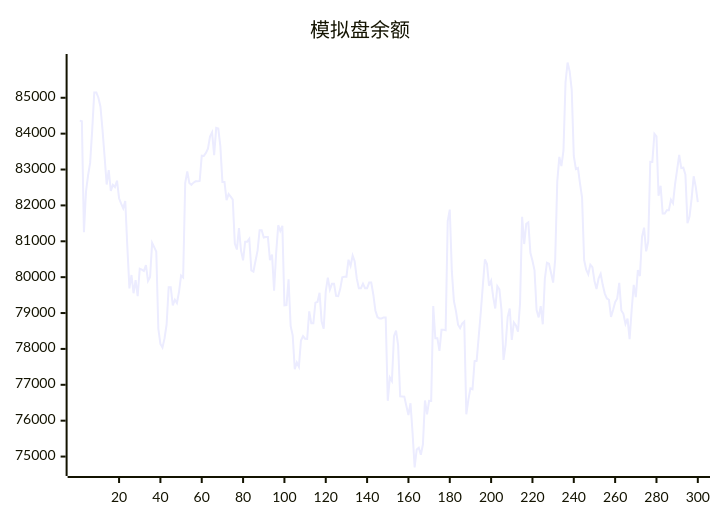
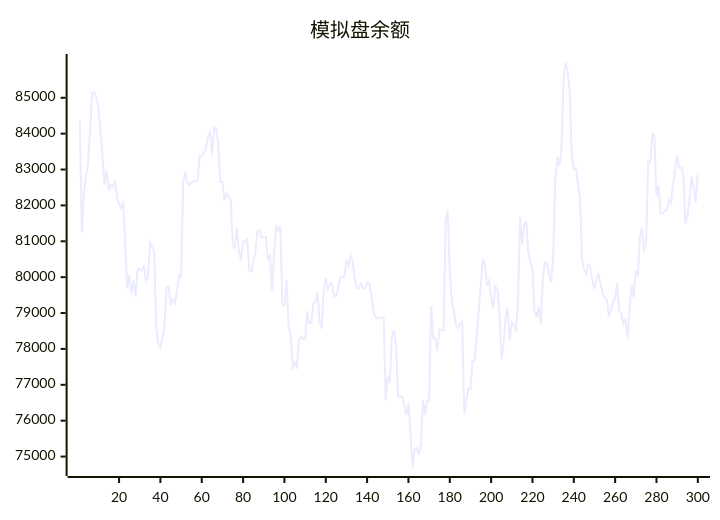
Before and after one commit to aahl/ai-trading: the diagram in README.md, drawn with Mermaid. The commit also changed other lines of this file and 1 other file, not shown here.

````diff
--- a/README.md
+++ b/README.md
@@ -5,5 +5,5 @@
 ```mermaid
 xychart
     title "模拟盘余额"
-    line [84364,84347,81254,82385,82835,83184,84099,85150,85150,85002,84751,84096,83356,82582,82983,82404,82572,82512,82688,82200,82047,81920,82125,80840,79688,80060,79552,79920,79470,80236,80208,80170,80336,79894,80006,80954,80837,80712,78561,78139,78037,78293,78682,79720,79720,79214,79372,79279,79591,80046,79993,82625,82950,82626,82571,82633,82670,82670,82681,83386,83378,83464,83579,83920,84037,83402,84160,84142,83652,82655,82655,82145,82315,82243,82163,80934,80770,81371,80742,80468,80989,80989,81067,80191,80155,80450,80737,81309,81309,81106,81119,81119,80471,80631,79624,80670,81448,81290,81429,79212,79222,79940,78643,78380,77432,77623,77504,78235,78358,78284,78277,79048,78714,78714,79290,79308,79567,78763,78563,79603,79988,79652,79813,79813,79476,79469,79673,79995,80015,80015,80486,80314,80600,80436,79966,79689,79689,79819,79692,79692,79850,79850,79518,79071,78889,78850,78850,78878,78878,76554,77202,77103,78357,78510,78106,76678,76677,76672,76411,76159,76485,75656,74695,75197,75246,75052,75334,76564,76179,76553,76551,79196,78300,78300,77944,78531,78531,78521,81564,81884,80160,79335,79055,78675,78580,78708,78764,76179,76586,76902,76876,77658,77669,78346,79023,79769,80497,80366,79761,79896,79448,79126,79749,79658,79097,77695,78114,78888,79126,78249,78738,78653,78478,79271,81680,80923,81488,81527,80681,80455,80190,79084,78879,79193,78686,79954,80403,80374,80118,79848,80491,82665,83351,83098,83525,85430,85983,85737,85221,83378,83014,83043,82613,82216,80477,80208,80081,80348,80277,79894,79670,79965,80093,79786,79542,79406,79371,78893,79087,79304,79406,79841,79072,78978,78696,78846,78272,79085,79787,79442,80198,80031,81120,81379,80718,80985,83214,83212,83993,83921,82270,82547,81776,81776,81866,81866,82158,82061,82596,83000,83408,83041,83050,82858,81503,81691,82188,82812,82517,82092]
+    line [84347,81254,82385,82835,83184,84099,85150,85150,85002,84751,84096,83356,82582,82983,82404,82572,82512,82688,82200,82047,81920,82125,80840,79688,80060,79552,79920,79470,80236,80208,80170,80336,79894,80006,80954,80837,80712,78561,78139,78037,78293,78682,79720,79720,79214,79372,79279,79591,80046,79993,82625,82950,82626,82571,82633,82670,82670,82681,83386,83378,83464,83579,83920,84037,83402,84160,84142,83652,82655,82655,82145,82315,82243,82163,80934,80770,81371,80742,80468,80989,80989,81067,80191,80155,80450,80737,81309,81309,81106,81119,81119,80471,80631,79624,80670,81448,81290,81429,79212,79222,79940,78643,78380,77432,77623,77504,78235,78358,78284,78277,79048,78714,78714,79290,79308,79567,78763,78563,79603,79988,79652,79813,79813,79476,79469,79673,79995,80015,80015,80486,80314,80600,80436,79966,79689,79689,79819,79692,79692,79850,79850,79518,79071,78889,78850,78850,78878,78878,76554,77202,77103,78357,78510,78106,76678,76677,76672,76411,76159,76485,75656,74695,75197,75246,75052,75334,76564,76179,76553,76551,79196,78300,78300,77944,78531,78531,78521,81564,81884,80160,79335,79055,78675,78580,78708,78764,76179,76586,76902,76876,77658,77669,78346,79023,79769,80497,80366,79761,79896,79448,79126,79749,79658,79097,77695,78114,78888,79126,78249,78738,78653,78478,79271,81680,80923,81488,81527,80681,80455,80190,79084,78879,79193,78686,79954,80403,80374,80118,79848,80491,82665,83351,83098,83525,85430,85983,85737,85221,83378,83014,83043,82613,82216,80477,80208,80081,80348,80277,79894,79670,79965,80093,79786,79542,79406,79371,78893,79087,79304,79406,79841,79072,78978,78696,78846,78272,79085,79787,79442,80198,80031,81120,81379,80718,80985,83214,83212,83993,83921,82270,82547,81776,81776,81866,81866,82158,82061,82596,83000,83408,83041,83050,82858,81503,81691,82188,82812,82517,82092,82901]
 ```
````
